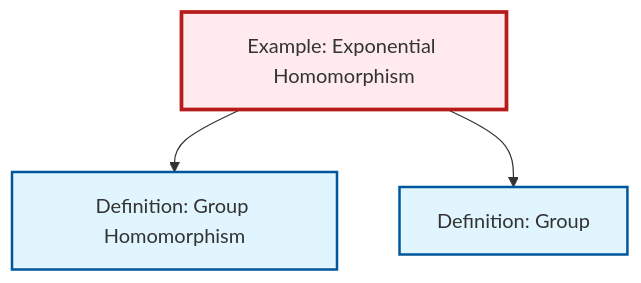
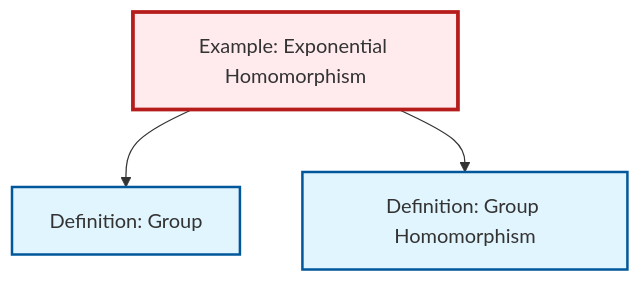
The diagram in output/mermaid/ex-exponential-homomorphism.mermaid (RK0429/ModernMath), drawn with Mermaid before and after one commit. The commit also changed other lines of this file and 1353 other files, not shown here.

```diff
--- a/output/mermaid/ex-exponential-homomorphism.mermaid
+++ b/output/mermaid/ex-exponential-homomorphism.mermaid
@@ -1,13 +1,13 @@
 %%| fig-cap: "Local dependency graph"
 graph TD
     classDef definition fill:#e1f5fe,stroke:#01579b,stroke-width:2px
     classDef theorem fill:#f3e5f5,stroke:#4a148c,stroke-width:2px
     classDef axiom fill:#fff3e0,stroke:#e65100,stroke-width:2px
     classDef example fill:#e8f5e9,stroke:#1b5e20,stroke-width:2px
     classDef current fill:#ffebee,stroke:#b71c1c,stroke-width:3px
+    def-group["Definition: Group"]:::definition
     ex-exponential-homomorphism["Example: Exponential Homomorphism"]:::example
-    def-group["Definition: Group"]:::definition
     def-homomorphism["Definition: Group Homomorphism"]:::definition
+    ex-exponential-homomorphism --> def-group
     ex-exponential-homomorphism --> def-homomorphism
-    ex-exponential-homomorphism --> def-group
     class ex-exponential-homomorphism current
```
